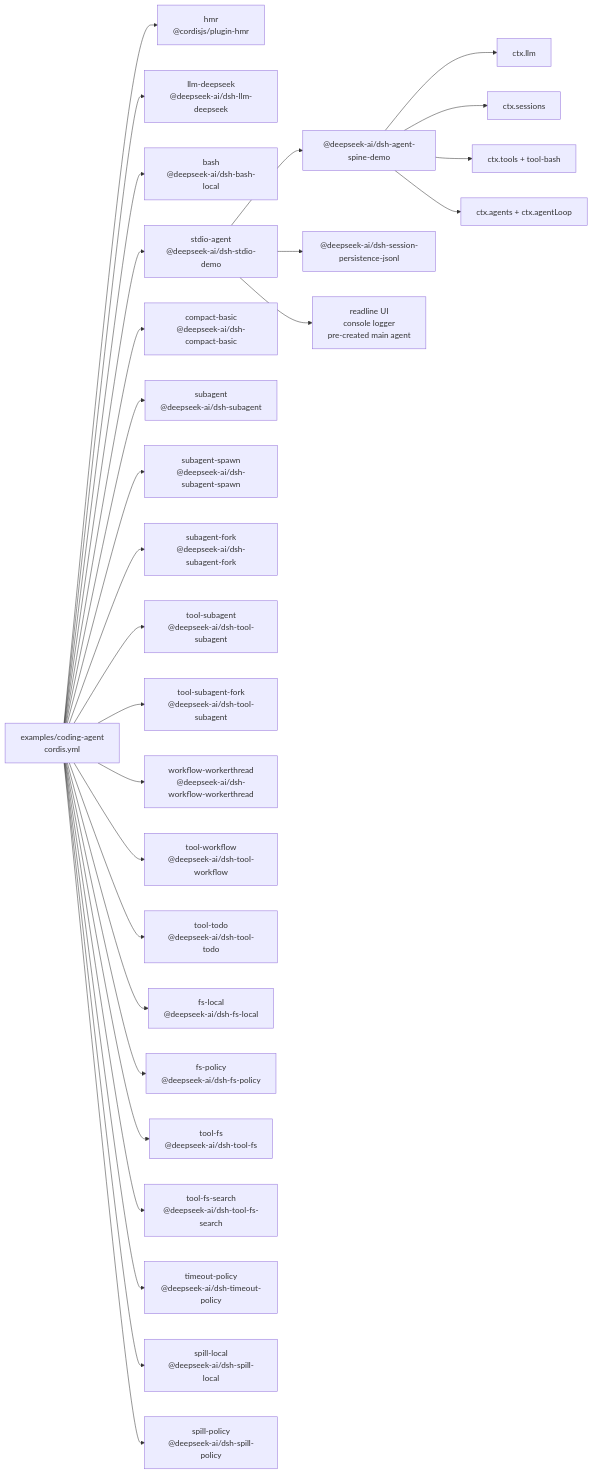
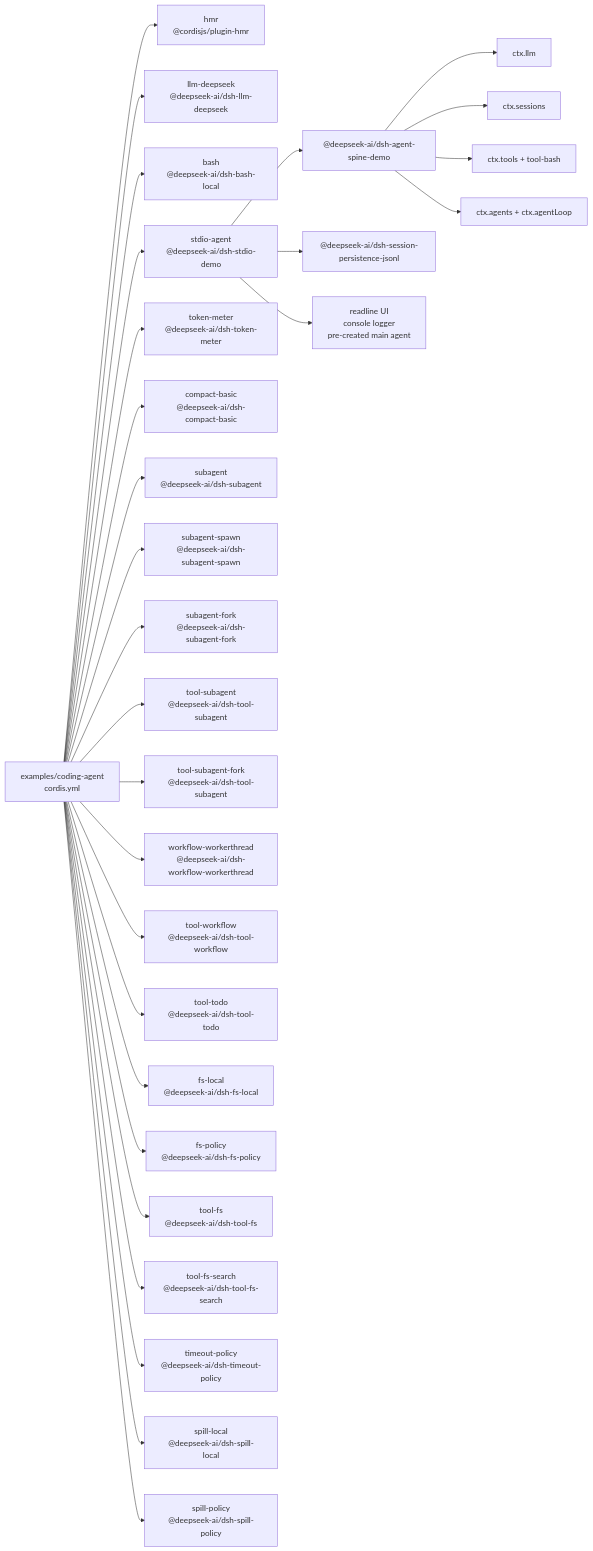
One commit to eru123/coco-harness changed the diagram in examples/coding-agent/composition.md. Above: the diagram before and after it, drawn with Mermaid. The commit also changed other lines of this file and 65 other files, not shown here.

First line of the commit message:
Merge pull request #366 from deepseek-harness/token-meter-service

````diff
--- a/examples/coding-agent/composition.md
+++ b/examples/coding-agent/composition.md
@@ -8,51 +8,53 @@
 ```mermaid
 flowchart LR
   cfg["examples/coding-agent<br/>cordis.yml"]
   plugin_coding_hmr["hmr<br/>@cordisjs/plugin-hmr"]
   cfg --> plugin_coding_hmr
   plugin_coding_llm_deepseek["llm-deepseek<br/>@deepseek-ai/dsh-llm-deepseek"]
   cfg --> plugin_coding_llm_deepseek
   plugin_coding_bash["bash<br/>@deepseek-ai/dsh-bash-local"]
   cfg --> plugin_coding_bash
   plugin_coding_stdio_agent["stdio-agent<br/>@deepseek-ai/dsh-stdio-demo"]
   cfg --> plugin_coding_stdio_agent
   plugin_coding_stdio_agent --> bundle_agent_core["@deepseek-ai/dsh-agent-spine-demo"]
   plugin_coding_stdio_agent --> bundle_jsonl["@deepseek-ai/dsh-session-persistence-jsonl"]
   plugin_coding_stdio_agent --> frontdoor_stdio["readline UI<br/>console logger<br/>pre-created main agent"]
   bundle_agent_core --> spine_llm["ctx.llm"]
   bundle_agent_core --> spine_sessions["ctx.sessions"]
   bundle_agent_core --> spine_tools["ctx.tools + tool-bash"]
   bundle_agent_core --> spine_loop["ctx.agents + ctx.agentLoop"]
+  plugin_coding_token_meter["token-meter<br/>@deepseek-ai/dsh-token-meter"]
+  cfg --> plugin_coding_token_meter
   plugin_coding_compact_basic["compact-basic<br/>@deepseek-ai/dsh-compact-basic"]
   cfg --> plugin_coding_compact_basic
   plugin_coding_subagent["subagent<br/>@deepseek-ai/dsh-subagent"]
   cfg --> plugin_coding_subagent
   plugin_coding_subagent_spawn["subagent-spawn<br/>@deepseek-ai/dsh-subagent-spawn"]
   cfg --> plugin_coding_subagent_spawn
   plugin_coding_subagent_fork["subagent-fork<br/>@deepseek-ai/dsh-subagent-fork"]
   cfg --> plugin_coding_subagent_fork
   plugin_coding_tool_subagent["tool-subagent<br/>@deepseek-ai/dsh-tool-subagent"]
   cfg --> plugin_coding_tool_subagent
   plugin_coding_tool_subagent_fork["tool-subagent-fork<br/>@deepseek-ai/dsh-tool-subagent"]
   cfg --> plugin_coding_tool_subagent_fork
   plugin_coding_workflow_workerthread["workflow-workerthread<br/>@deepseek-ai/dsh-workflow-workerthread"]
   cfg --> plugin_coding_workflow_workerthread
   plugin_coding_tool_workflow["tool-workflow<br/>@deepseek-ai/dsh-tool-workflow"]
   cfg --> plugin_coding_tool_workflow
   plugin_coding_tool_todo["tool-todo<br/>@deepseek-ai/dsh-tool-todo"]
   cfg --> plugin_coding_tool_todo
   plugin_coding_fs_local["fs-local<br/>@deepseek-ai/dsh-fs-local"]
   cfg --> plugin_coding_fs_local
   plugin_coding_fs_policy["fs-policy<br/>@deepseek-ai/dsh-fs-policy"]
   cfg --> plugin_coding_fs_policy
   plugin_coding_tool_fs["tool-fs<br/>@deepseek-ai/dsh-tool-fs"]
   cfg --> plugin_coding_tool_fs
   plugin_coding_tool_fs_search["tool-fs-search<br/>@deepseek-ai/dsh-tool-fs-search"]
   cfg --> plugin_coding_tool_fs_search
   plugin_coding_timeout_policy["timeout-policy<br/>@deepseek-ai/dsh-timeout-policy"]
   cfg --> plugin_coding_timeout_policy
   plugin_coding_spill_local["spill-local<br/>@deepseek-ai/dsh-spill-local"]
   cfg --> plugin_coding_spill_local
   plugin_coding_spill_policy["spill-policy<br/>@deepseek-ai/dsh-spill-policy"]
   cfg --> plugin_coding_spill_policy
 ```
````
